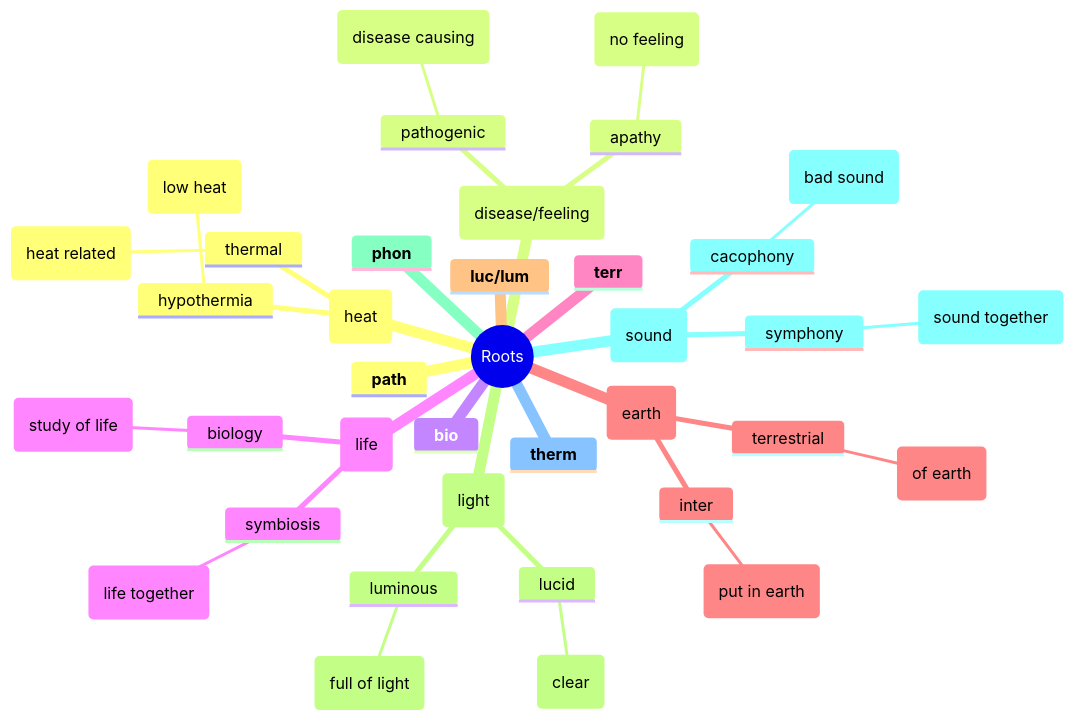
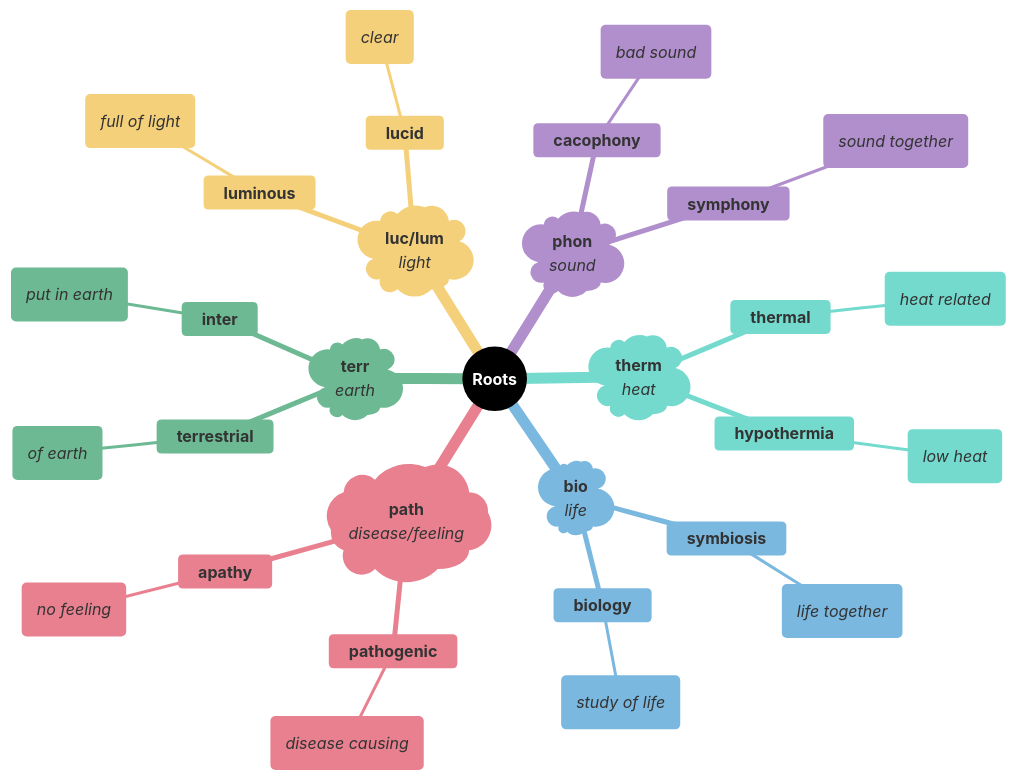
The seventh of 7 diagrams in mindmaps/16-physical-world-and-nature.md (95anantsingh/gre-preparation), drawn with Mermaid before and after one commit. The commit also changed other lines of this file and 14 other files, not shown here.

````diff
--- a/mindmaps/16-physical-world-and-nature.md
+++ b/mindmaps/16-physical-world-and-nature.md
@@ -370,40 +493,53 @@
 ```mermaid
+%%{
+  init: {
+    "theme": "base",
+    "themeVariables": {
+      "primaryColor": "#000000",
+      "cScale1": "#e8808f",  "cScaleInv1": "#a33445",
+      "cScale2": "#7bb8e0",  "cScaleInv2": "#266a93",
+      "cScale3": "#6db993",  "cScaleInv3": "#23543f",
+      "cScale4": "#f5d07a",  "cScaleInv4": "#c4903b",
+      "cScale5": "#b08fcc",  "cScaleInv5": "#5d3b75",
+      "cScale6": "#74dace",  "cScaleInv6": "#217d72",
+      "cScale7": "#f09570",  "cScaleInv7": "#b84112",
+      "cScale8": "#8ea8c2",  "cScaleInv8": "#32465e",
+      "cScale9": "#cc7fba",  "cScaleInv9": "#7d2868",
+      "cScale10": "#c99a78", "cScaleInv10": "#7c4e32",
+      "cScale11": "#a3a3a3", "cScaleInv11": "#3d3d3d"
+    }
+  }
+}%%
 mindmap
-  root((Roots))
-    **path**
-    (disease/feeling)
-      pathogenic
-        (disease causing)
-      apathy
-        (no feeling)
-    **bio**
-    (life)
-      symbiosis
-        (life together)
-      biology
-        (study of life)
-    **terr**
-    (earth)
-      terrestrial
-        (of earth)
-      inter
-        (put in earth)
-    **luc/lum**
-    (light)
-      luminous
-        (full of light)
-      lucid
-        (clear)
-    **phon**
-    (sound)
-      cacophony
-        (bad sound)
-      symphony
-        (sound together)
-    **therm**
-    (heat)
-      thermal
-        (heat related)
-      hypothermia
-        (low heat)
+  root((<font color=white>**Roots**</font>))
+    )**path**</br>_disease/feeling_(
+      **pathogenic**
+        (_disease causing_)
+      **apathy**
+        (_no feeling_)
+    )**bio**</br>_life_(
+      **symbiosis**
+        (_life together_)
+      **biology**
+        (_study of life_)
+    )**terr**</br>_earth_(
+      **terrestrial**
+        (_of earth_)
+      **inter**
+        (_put in earth_)
+    )**luc/lum**</br>_light_(
+      **luminous**
+        (_full of light_)
+      **lucid**
+        (_clear_)
+    )**phon**</br>_sound_(
+      **cacophony**
+        (_bad sound_)
+      **symphony**
+        (_sound together_)
+    )**therm**</br>_heat_(
+      **thermal**
+        (_heat related_)
+      **hypothermia**
+        (_low heat_)
 ```
````
